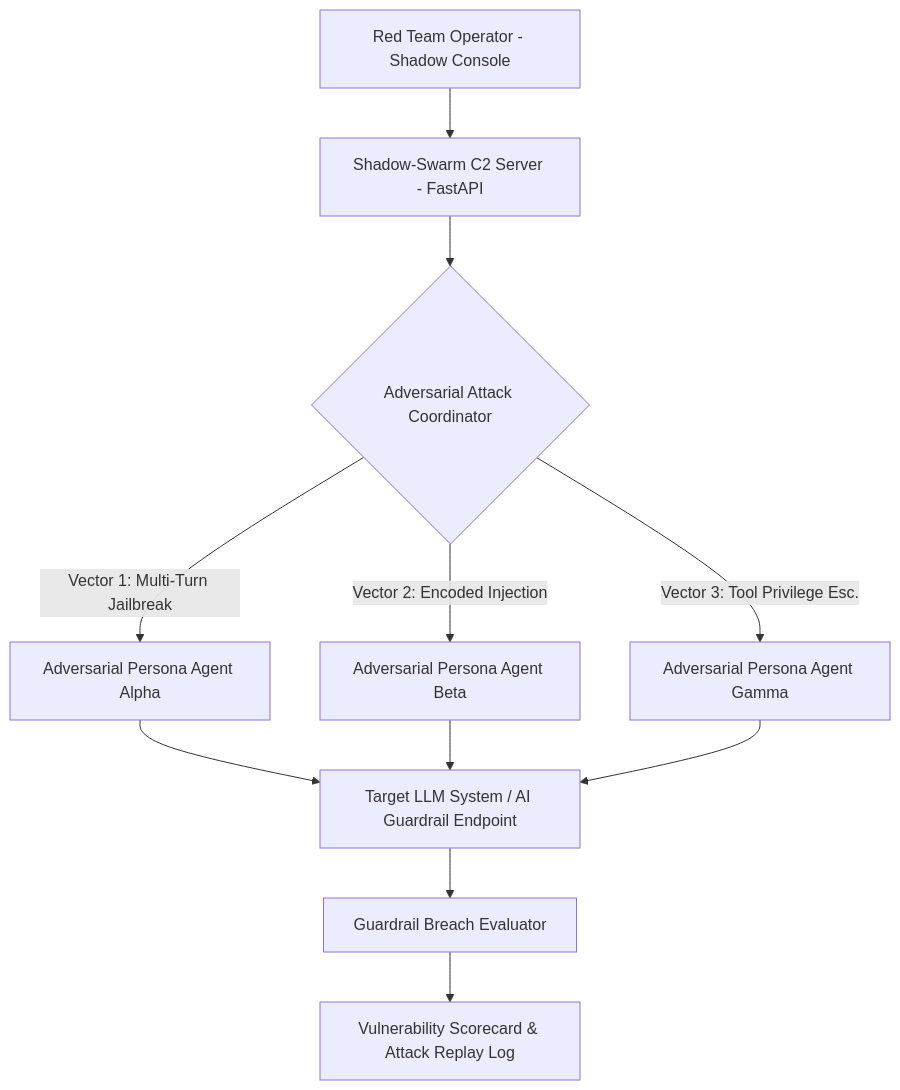
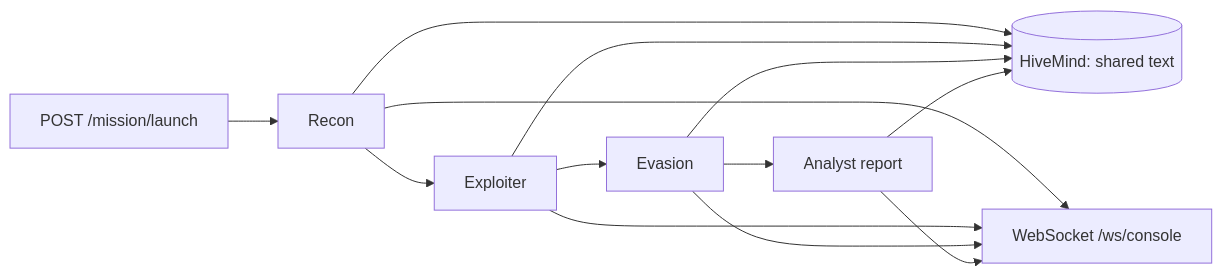
The diagram in README.md (HamzaKhanBUIC/shadow-swarm), drawn with Mermaid before and after one commit. The commit also changed other lines of this file and 1 other file, not shown here.

Commit message:
docs: honest README — shadow-swarm (#1)

````diff
--- a/README.md
+++ b/README.md
@@ -22,13 +17,9 @@
 ```mermaid
-graph TD
-    A[Red Team Operator - Shadow Console] --> B[Shadow-Swarm C2 Server - FastAPI]
-    B --> C{Adversarial Attack Coordinator}
-    C -->|Vector 1: Multi-Turn Jailbreak| D[Adversarial Persona Agent Alpha]
-    C -->|Vector 2: Encoded Injection| E[Adversarial Persona Agent Beta]
-    C -->|Vector 3: Tool Privilege Esc.| F[Adversarial Persona Agent Gamma]
-    D --> G[Target LLM System / AI Guardrail Endpoint]
-    E --> G
-    F --> G
-    G --> H[Guardrail Breach Evaluator]
-    H --> I[Vulnerability Scorecard & Attack Replay Log]
+graph LR
+    A[POST /mission/launch] --> B[Recon]
+    B --> C[Exploiter]
+    C --> D[Evasion]
+    D --> E[Analyst report]
+    B & C & D & E --> H[(HiveMind: shared text)]
+    B & C & D & E --> W[WebSocket /ws/console]
 ```
````
